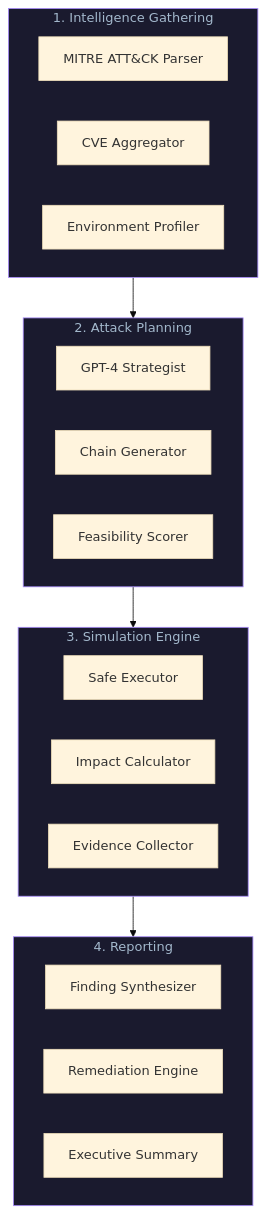
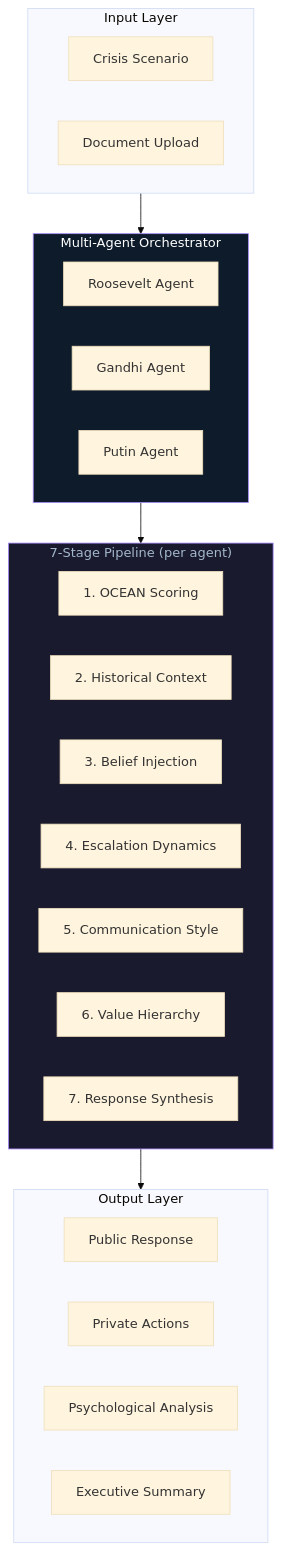
One commit to ges257/adversary-iq changed the first of 2 diagrams in ARCHITECTURE.md. Above: the diagram before and after it, drawn with Mermaid (base theme). The commit also changed other lines of this file and 31 other files, not shown here.

````diff
--- a/ARCHITECTURE.md
+++ b/ARCHITECTURE.md
@@ -11,33 +11,37 @@
 ```mermaid
 flowchart TB
-    subgraph S1["1. Intelligence Gathering"]
-        A1["MITRE ATT&CK Parser"]
-        A2["CVE Aggregator"]
-        A3["Environment Profiler"]
+    subgraph S1["Input Layer"]
+        A1["Crisis Scenario"]
+        A2["Document Upload"]
     end
 
-    subgraph S2["2. Attack Planning"]
-        B1["GPT-4 Strategist"]
-        B2["Chain Generator"]
-        B3["Feasibility Scorer"]
+    subgraph S2["Multi-Agent Orchestrator"]
+        B1["Roosevelt Agent"]
+        B2["Gandhi Agent"]
+        B3["Putin Agent"]
     end
 
-    subgraph S3["3. Simulation Engine"]
-        C1["Safe Executor"]
-        C2["Impact Calculator"]
-        C3["Evidence Collector"]
+    subgraph S3["7-Stage Pipeline (per agent)"]
+        C1["1. OCEAN Scoring"]
+        C2["2. Historical Context"]
+        C3["3. Belief Injection"]
+        C4["4. Escalation Dynamics"]
+        C5["5. Communication Style"]
+        C6["6. Value Hierarchy"]
+        C7["7. Response Synthesis"]
     end
 
-    subgraph S4["4. Reporting"]
-        D1["Finding Synthesizer"]
-        D2["Remediation Engine"]
-        D3["Executive Summary"]
+    subgraph S4["Output Layer"]
+        D1["Public Response"]
+        D2["Private Actions"]
+        D3["Psychological Analysis"]
+        D4["Executive Summary"]
     end
 
-    S1 --> S2 --> S3 --> S4
+    S1 --> S2
+    S2 --> S3
+    S3 --> S4
 
-    style S1 fill:#1a1a2e,stroke:#A78BFA,color:#A3B8CC
-    style S2 fill:#1a1a2e,stroke:#A78BFA,color:#A3B8CC
+    style S2 fill:#0D1B2A,stroke:#A78BFA,color:#fff
     style S3 fill:#1a1a2e,stroke:#A78BFA,color:#A3B8CC
-    style S4 fill:#1a1a2e,stroke:#A78BFA,color:#A3B8CC
 ```
````
